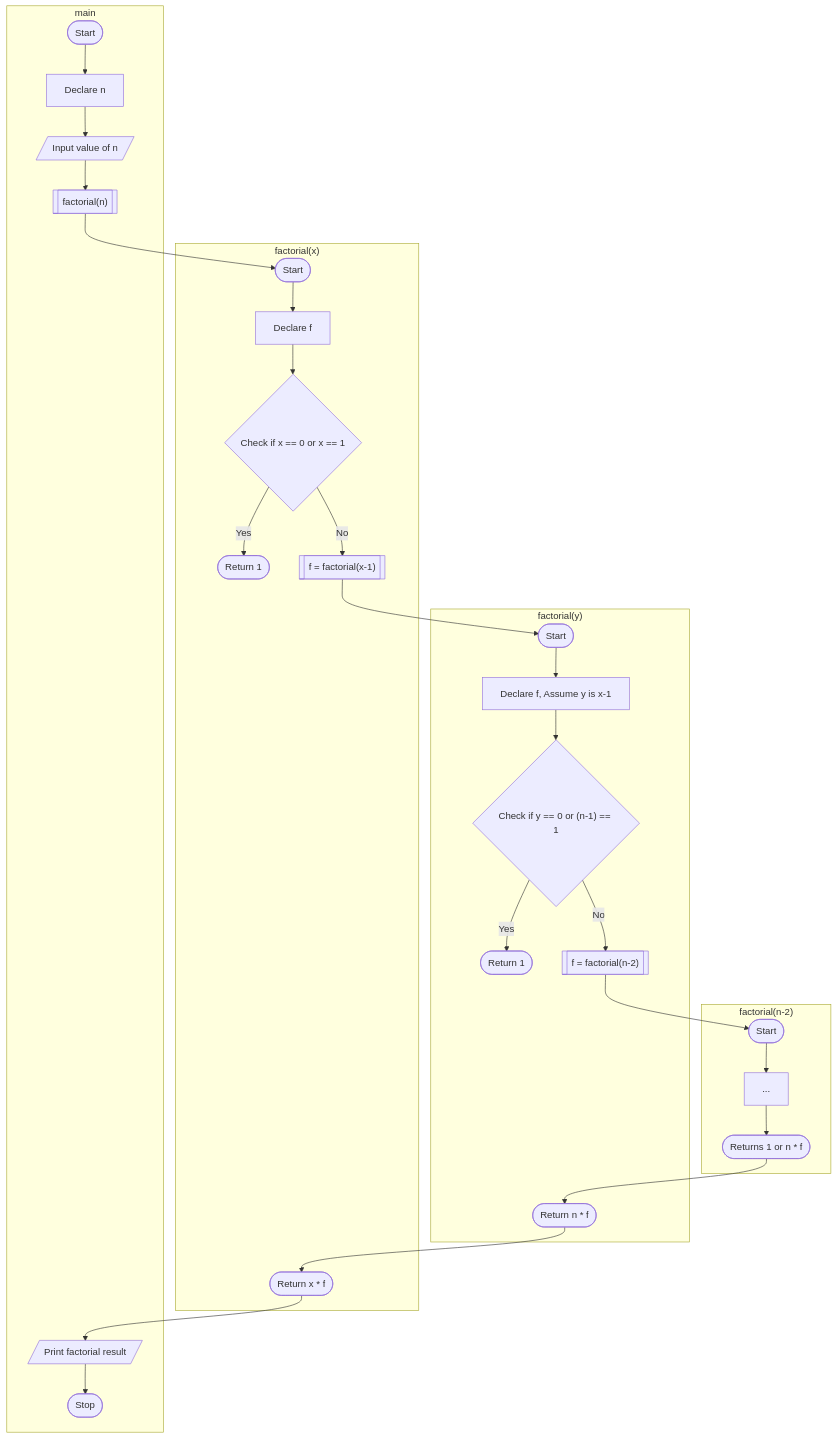
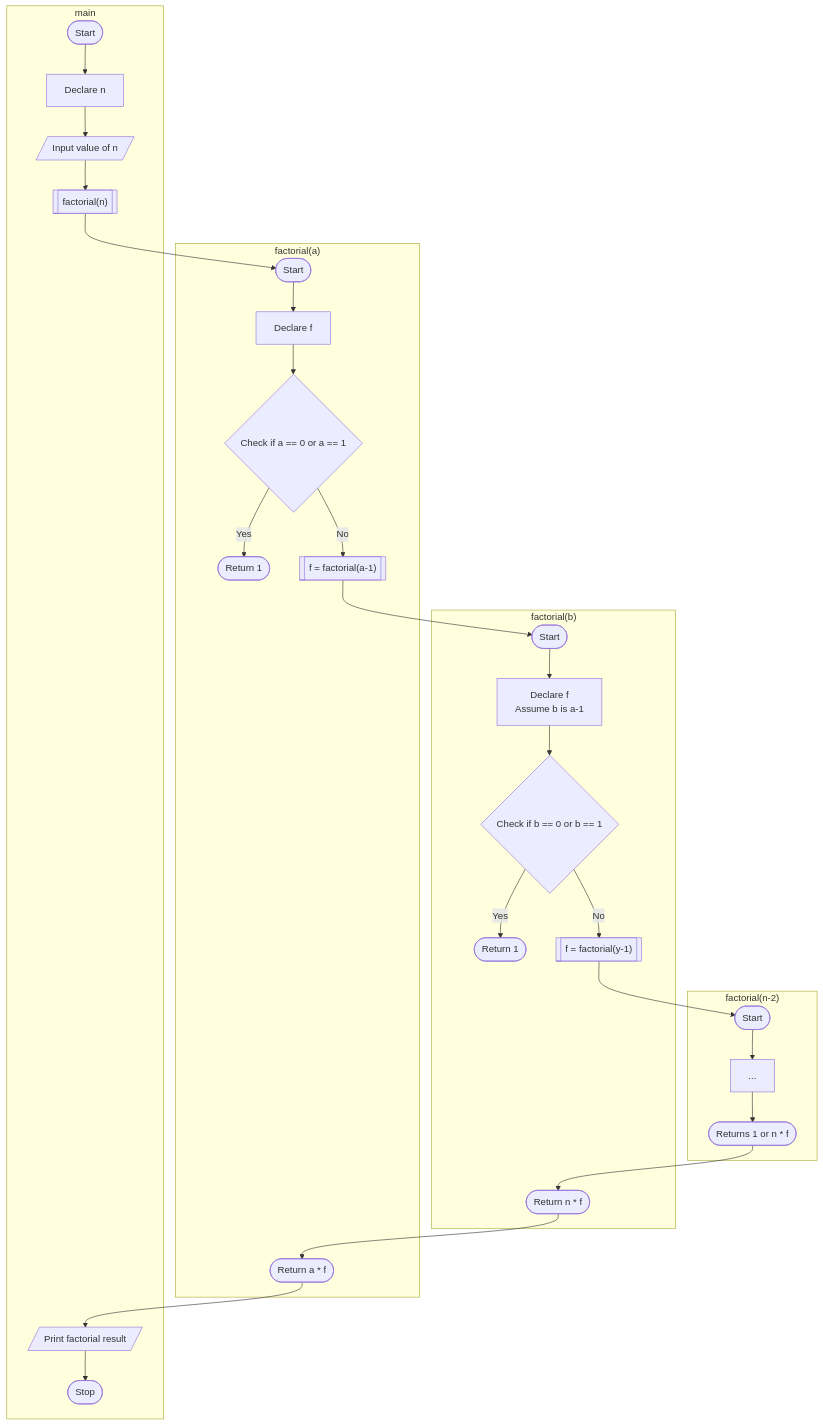
The second of 2 diagrams in PR/P8 - Recursion.md (Vinit-source/Programming-for-problem-solving), drawn with Mermaid before and after one commit. The commit also changed other lines of this file, not shown here.

Commit message:
PR/P8 - Recursion.md updated from https://stackedit.io/

````diff
--- a/PR/P8 - Recursion.md
+++ b/PR/P8 - Recursion.md
@@ -47,34 +47,34 @@
 ```mermaid
 flowchart TD;
 subgraph ide3["factorial(n-2)"]
 	funcStart3([Start])
 	funcStart3 --> A3[...];
 	A3 --> E3([Returns 1 or n * f]);
 end
-subgraph ide2["factorial(y)"]
+subgraph ide2["factorial(b)"]
 	    funcStart2([Start])
-        funcStart2 --> A2[Declare f, Assume y is x-1];
-        A2 --> B2{"Check if y == 0 or (n-1) == 1"};
+        funcStart2 --> A2[Declare f\n Assume b is a-1];
+        A2 --> B2{"Check if b == 0 or b == 1"};
         B2 -- Yes --> C2([Return 1]);
-        B2 -- No --> D2[["f = factorial(n-2)"]];
+        B2 -- No --> D2[["f = factorial(y-1)"]];
         D2 --> funcStart3;
         E3 --> E2([Return n * f]);
  end
- subgraph ide1["factorial(x)"]
+ subgraph ide1["factorial(a)"]
 		funcStart([Start]);
         funcStart --> A1[Declare f];
-        A1 --> B1{Check if x == 0 or x == 1};
+        A1 --> B1{Check if a == 0 or a == 1};
         B1 -- Yes --> C1([Return 1]);
-        B1 -- No --> D1[["f = factorial(x-1)"]];
+        B1 -- No --> D1[["f = factorial(a-1)"]];
         D1 --> funcStart2
-        E2 --> E1([Return x * f]);
+        E2 --> E1([Return a * f]);
     end
 subgraph main
 	Start([Start]) --> B[Declare n];
     B --> C[/Input value of n/];
     C --> D[["factorial(n)"]]
     D --> funcStart
     E1 -->  E[/Print factorial result/];
     E --> F([Stop]);
    end
 ```
````
